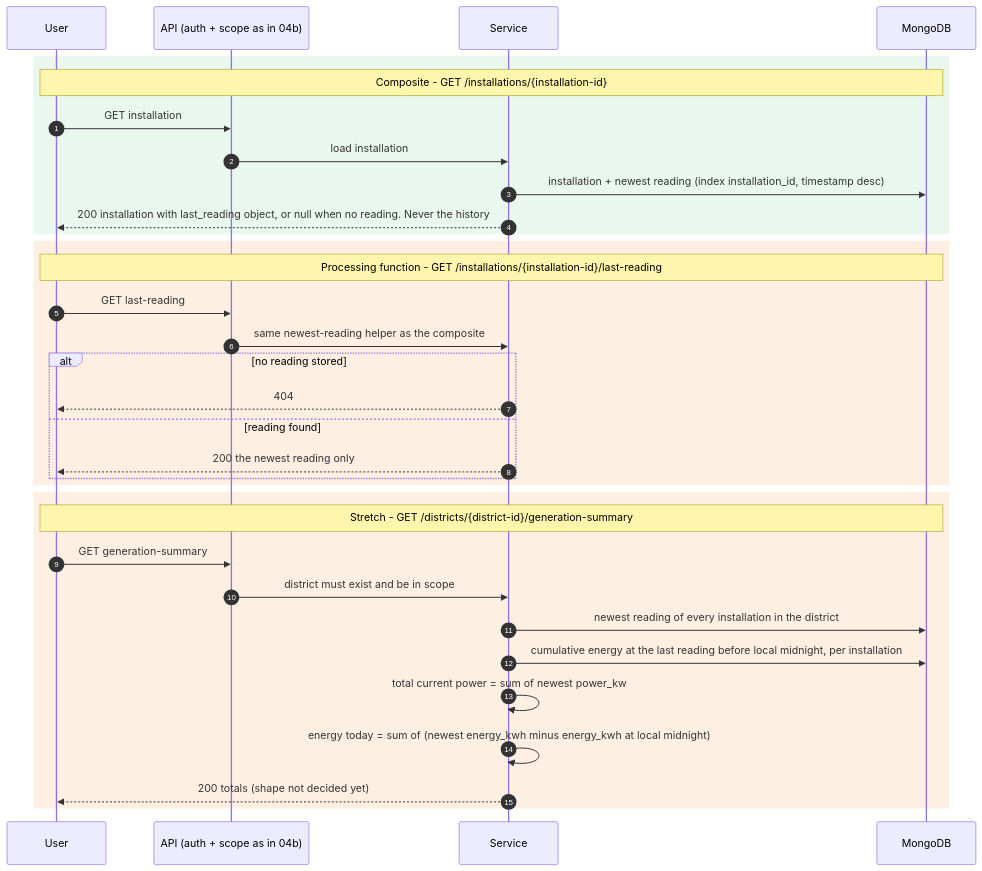
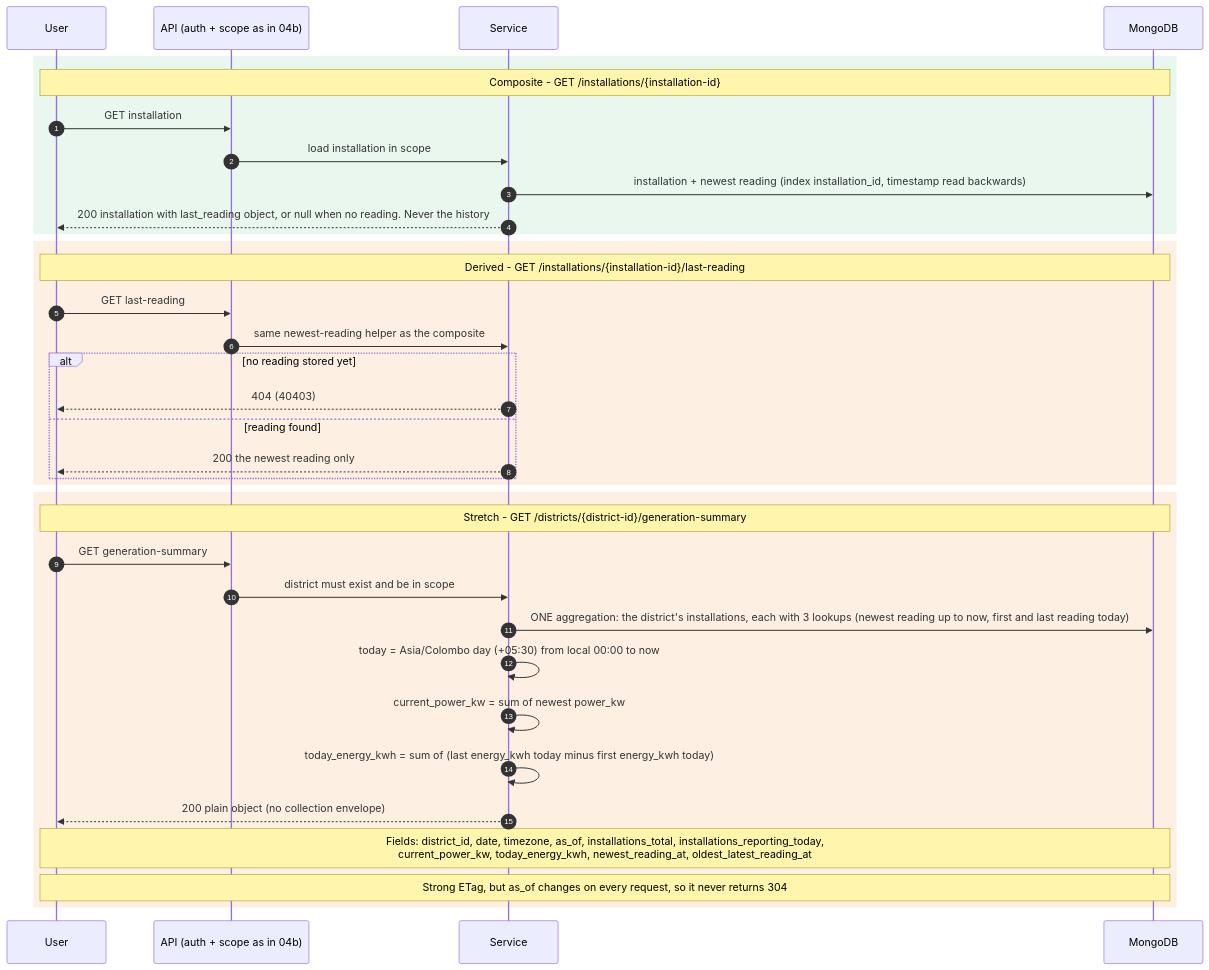
Before and after one commit to hashiniRanasinghe/solar-api: the diagram in docs/design/diagrams/07-flow-operational-reads.mmd, drawn with Mermaid. The commit also changed 21 other files, not shown here.

Commit message:
docs: cleanup of diagrams, data model, decisions, AI log format, PLAN and playbook

```diff
--- a/docs/design/diagrams/07-flow-operational-reads.mmd
+++ b/docs/design/diagrams/07-flow-operational-reads.mmd
@@ -1,38 +1,39 @@
-%% 07-flow-operational-reads.mmd - Request/response flows: composite, last-reading, district summary (stretch)
-%% Basis: BRIEF §5, §6 (composite, last-known-reading as derived resource, district summary stretch); LEC S5, S6
-%% Decisions: my-decisions §5. Lecturer-form noun sub-resources confirmed by you (OQ-21, deviation from WP §5.1).
-%% The summary uses a cumulative-energy DELTA (energy_kwh is cumulative). Local-day boundary Asia/Colombo is a PROPOSAL.
-%% Response field names of the summary are NOT decided yet.
+%% 07-flow-operational-reads.mmd - Request/response flows: composite, last-reading, district generation summary
+%% Basis: BRIEF §5, §6 (composite, last-known reading as a derived resource, district summary stretch); LEC S5, S6
+%% Decisions: my-decisions §5 (noun sub-resources OQ-21, deviation from WP §5.1; summary rules DECIDED 2026-09-26).
+%% Scope and existence checks as in diagram 04b (scoped users 403 before 404; national users 404).
 sequenceDiagram
   autonumber
   participant U as User
   participant A as API (auth + scope as in 04b)
   participant S as Service
   participant DB as MongoDB
   rect rgb(233, 247, 239)
     Note over U,DB: Composite - GET /installations/{installation-id}
     U->>A: GET installation
-    A->>S: load installation
-    S->>DB: installation + newest reading (index installation_id, timestamp desc)
+    A->>S: load installation in scope
+    S->>DB: installation + newest reading (index installation_id, timestamp read backwards)
     S-->>U: 200 installation with last_reading object, or null when no reading. Never the history
   end
   rect rgb(253, 240, 227)
-    Note over U,DB: Processing function - GET /installations/{installation-id}/last-reading
+    Note over U,DB: Derived - GET /installations/{installation-id}/last-reading
     U->>A: GET last-reading
     A->>S: same newest-reading helper as the composite
-    alt no reading stored
-      S-->>U: 404
+    alt no reading stored yet
+      S-->>U: 404 (40403)
     else reading found
       S-->>U: 200 the newest reading only
     end
   end
   rect rgb(253, 240, 227)
     Note over U,DB: Stretch - GET /districts/{district-id}/generation-summary
     U->>A: GET generation-summary
     A->>S: district must exist and be in scope
-    S->>DB: newest reading of every installation in the district
-    S->>DB: cumulative energy at the last reading before local midnight, per installation
-    S->>S: total current power = sum of newest power_kw
-    S->>S: energy today = sum of (newest energy_kwh minus energy_kwh at local midnight)
-    S-->>U: 200 totals (shape not decided yet)
+    S->>DB: ONE aggregation: the district's installations, each with 3 lookups (newest reading up to now, first and last reading today)
+    S->>S: today = Asia/Colombo day (+05:30) from local 00:00 to now
+    S->>S: current_power_kw = sum of newest power_kw
+    S->>S: today_energy_kwh = sum of (last energy_kwh today minus first energy_kwh today)
+    S-->>U: 200 plain object (no collection envelope)
+    Note over U,DB: Fields: district_id, date, timezone, as_of, installations_total, installations_reporting_today,<br/>current_power_kw, today_energy_kwh, newest_reading_at, oldest_latest_reading_at
+    Note over U,DB: Strong ETag, but as_of changes on every request, so it never returns 304
   end
```
